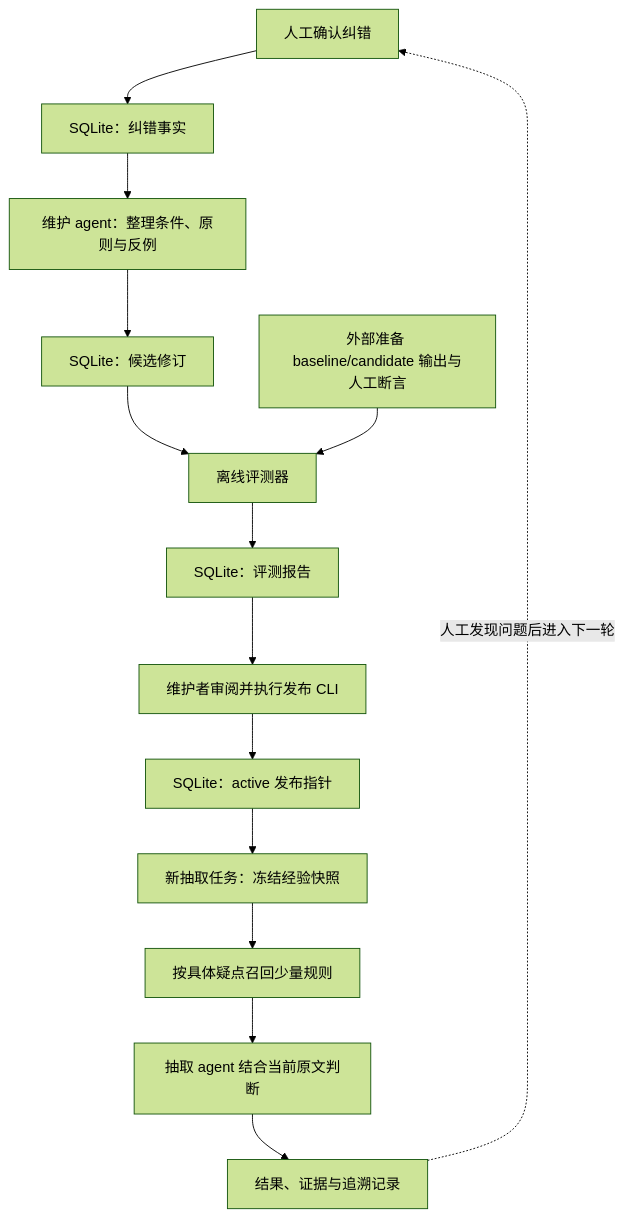
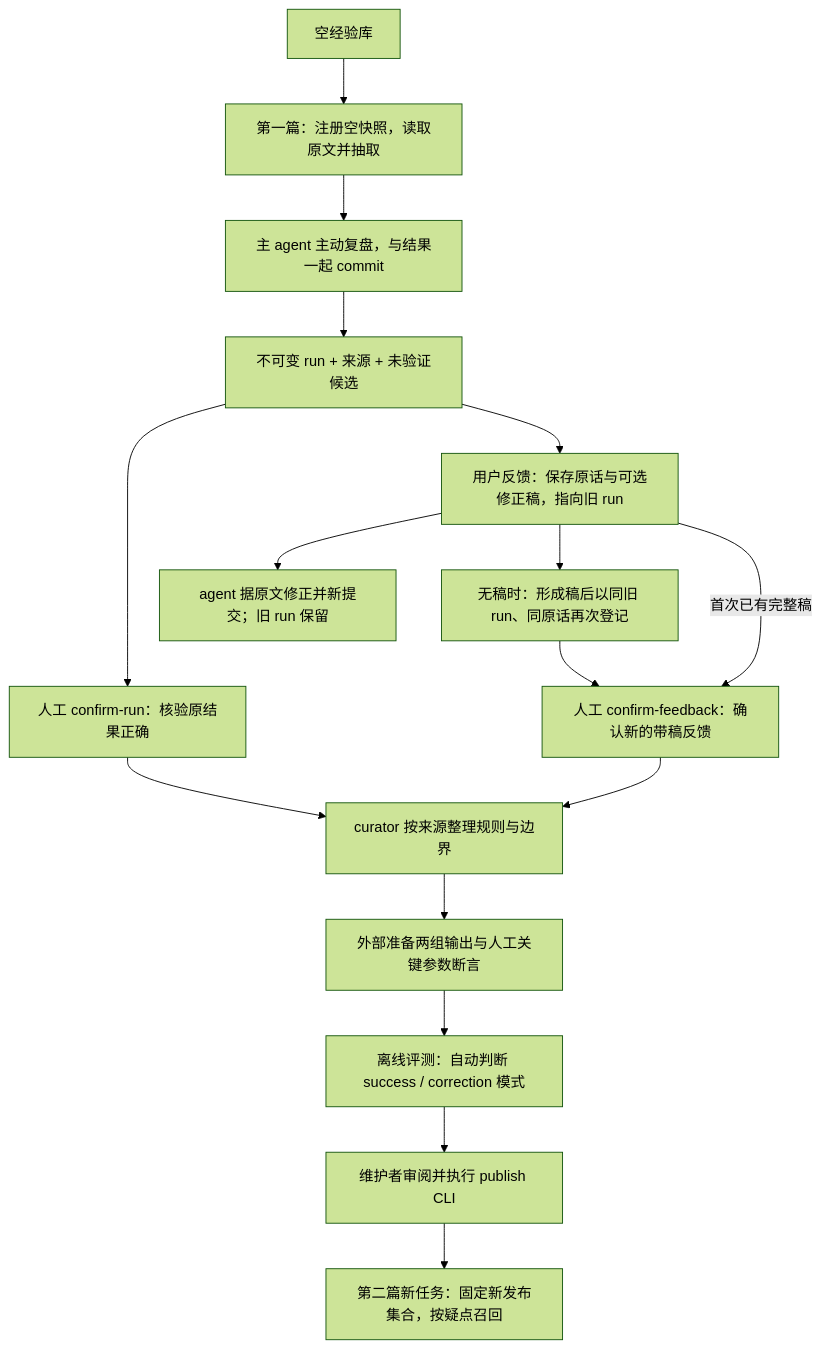
Before and after one commit to zza1211/extract_skill_1015: the diagram in docs/memory-architecture.md, drawn with Mermaid (forest theme). The commit also changed other lines of this file and 19 other files, not shown here.

````diff
--- a/docs/memory-architecture.md
+++ b/docs/memory-architecture.md
@@ -146,16 +11,18 @@
 ```mermaid
 flowchart TD
-    H["人工确认纠错"] --> C["SQLite：纠错事实"]
-    C --> M["维护 agent：整理条件、原则与反例"]
-    M --> V["SQLite：候选修订"]
-    V --> E["离线评测器"]
-    X["外部准备 baseline/candidate 输出与人工断言"] --> E
-    E --> R["SQLite：评测报告"]
-    R --> P["维护者审阅并执行发布 CLI"]
-    P --> A["SQLite：active 发布指针"]
-    A --> S["新抽取任务：冻结经验快照"]
-    S --> Q["按具体疑点召回少量规则"]
-    Q --> L["抽取 agent 结合当前原文判断"]
-    L --> O["结果、证据与追溯记录"]
-    O -. "人工发现问题后进入下一轮" .-> H
+    A["空经验库"] --> B["第一篇：注册空快照，读取原文并抽取"]
+    B --> C["主 agent 主动复盘，与结果一起 commit"]
+    C --> D["不可变 run + 来源 + 未验证候选"]
+    D --> E["人工 confirm-run：核验原结果正确"]
+    D --> F["用户反馈：保存原话与可选修正稿，指向旧 run"]
+    F --> F2["无稿时：形成稿后以同旧 run、同原话再次登记"]
+    F2 --> G["人工 confirm-feedback：确认新的带稿反馈"]
+    F -->|"首次已有完整稿"| G
+    F --> H["agent 据原文修正并新提交；旧 run 保留"]
+    E --> I["curator 按来源整理规则与边界"]
+    G --> I
+    I --> J["外部准备两组输出与人工关键参数断言"]
+    J --> K["离线评测：自动判断 success / correction 模式"]
+    K --> L["维护者审阅并执行 publish CLI"]
+    L --> M["第二篇新任务：固定新发布集合，按疑点召回"]
 ```
````
